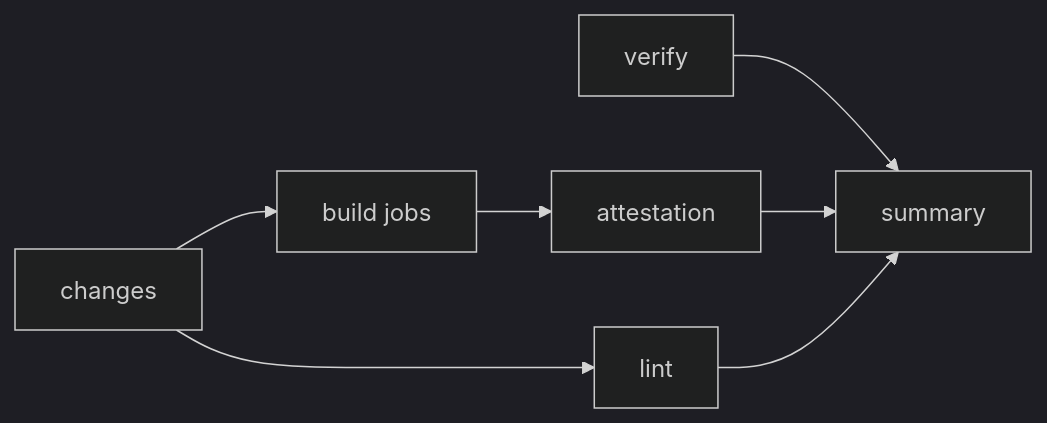
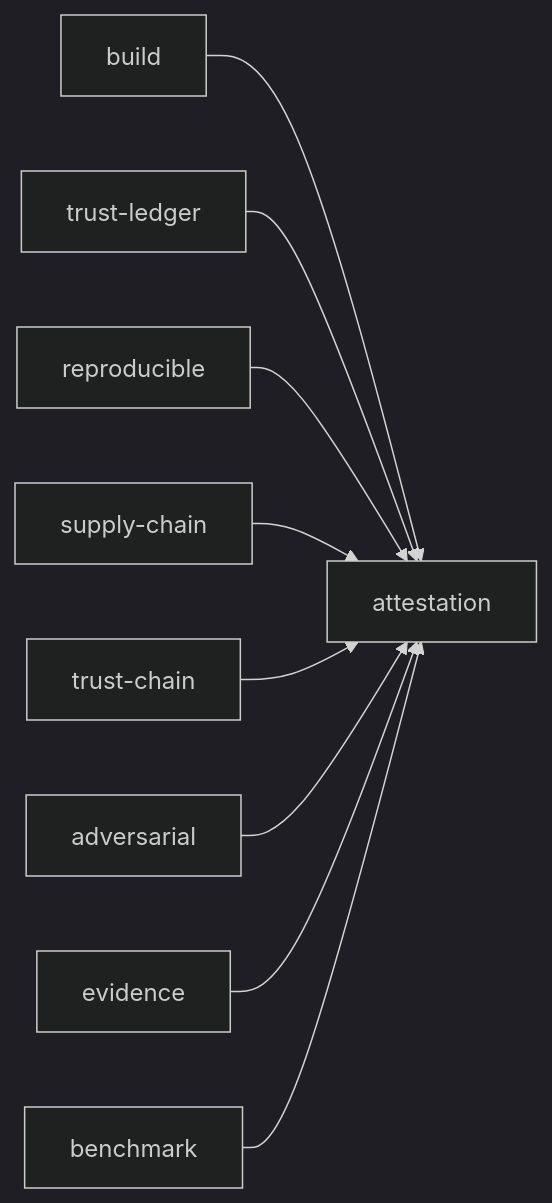
One commit to NON-OS/microkernel changed the diagram in docs/build/ci.md. Above: the diagram before and after it, drawn with Mermaid (dark theme). The commit also changed other lines of this file and 10 other files, not shown here.

````diff
--- a/docs/build/ci.md
+++ b/docs/build/ci.md
@@ -22,8 +11,11 @@
 ```mermaid
 flowchart LR
-    changes --> jobs[build jobs]
-    changes --> lint
-    verify --> summary
-    jobs --> attestation --> summary
-    lint --> summary
+    build --> attestation
+    ledger[trust-ledger] --> attestation
+    reproducible --> attestation
+    supply[supply-chain] --> attestation
+    chain[trust-chain] --> attestation
+    adversarial --> attestation
+    evidence --> attestation
+    benchmark --> attestation
 ```
````
